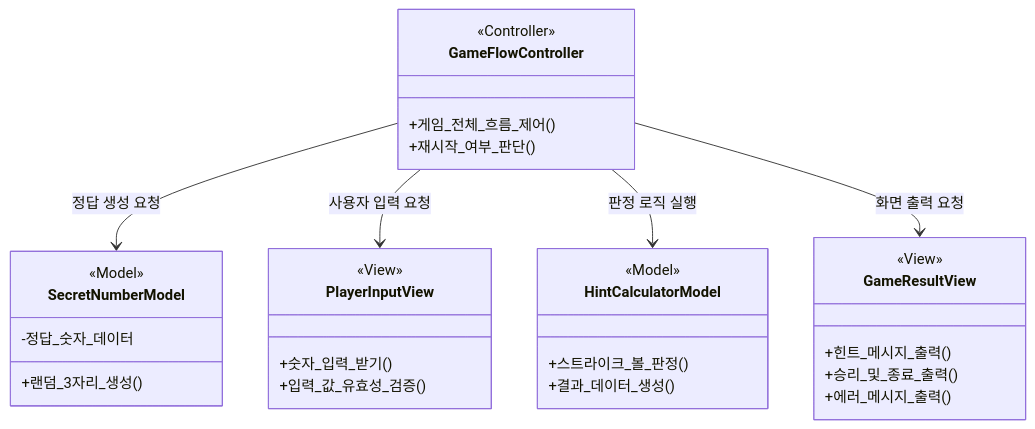
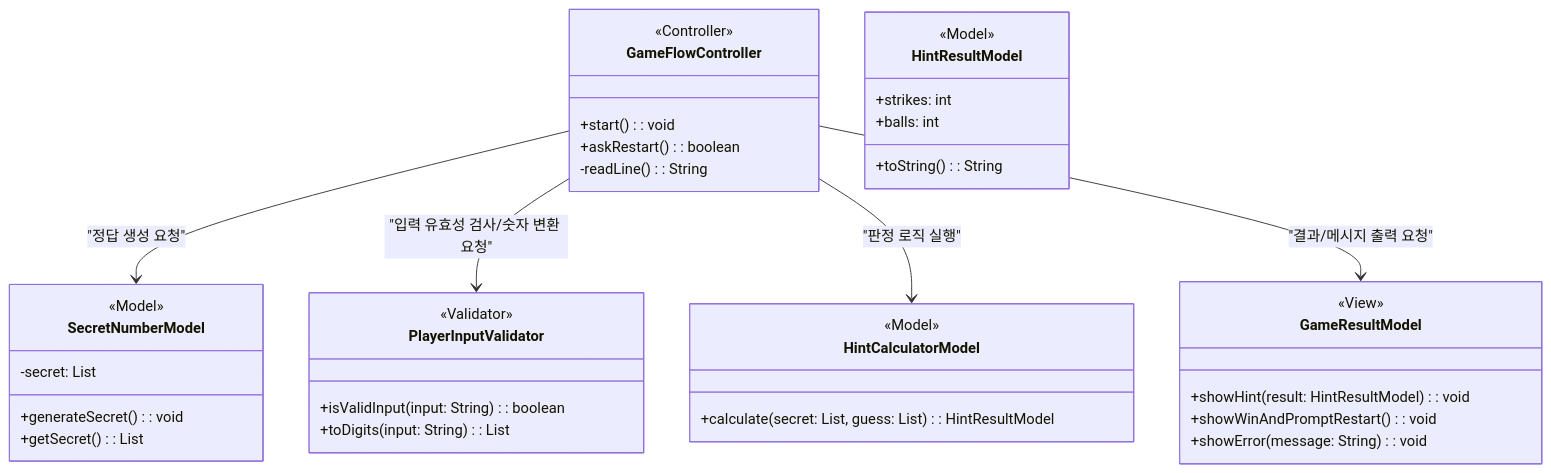
The diagram in README.md (mirageoasis/java-baseball-precourse), drawn with Mermaid before and after one commit.

Commit message:
docs: 변경 내용 다이어그램에 반영

````diff
--- a/README.md
+++ b/README.md
@@ -29,38 +29,46 @@
 ```mermaid
 classDiagram
     class GameFlowController {
         <<Controller>>
-        +게임_전체_흐름_제어()
-        +재시작_여부_판단()
+        +start(): void
+        +askRestart(): boolean
+        -readLine(): String
     }
 
     class SecretNumberModel {
         <<Model>>
-        -정답_숫자_데이터
-        +랜덤_3자리_생성()
+        -secret: List<Integer>
+        +generateSecret(): void
+        +getSecret(): List<Integer>
     }
 
     class HintCalculatorModel {
         <<Model>>
-        +스트라이크_볼_판정()
-        +결과_데이터_생성()
+        +calculate(secret: List<Integer>, guess: List<Integer>): HintResultModel
     }
 
-    class PlayerInputView {
-        <<View>>
-        +숫자_입력_받기()
-        +입력_값_유효성_검증()
+    class PlayerInputValidator {
+        <<Validator>>
+        +isValidInput(input: String): boolean
+        +toDigits(input: String): List<Integer>
     }
 
-    class GameResultView {
+    class GameResultModel {
         <<View>>
-        +힌트_메시지_출력()
-        +승리_및_종료_출력()
-        +에러_메시지_출력()
+        +showHint(result: HintResultModel): void
+        +showWinAndPromptRestart(): void
+        +showError(message: String): void
     }
 
-    GameFlowController --> SecretNumberModel: 정답 생성 요청
-    GameFlowController --> PlayerInputView: 사용자 입력 요청
-    GameFlowController --> HintCalculatorModel: 판정 로직 실행
-    GameFlowController --> GameResultView: 화면 출력 요청
+    class HintResultModel {
+        <<Model>>
+        +strikes: int
+        +balls: int
+        +toString(): String
+    }
+
+    GameFlowController --> SecretNumberModel: "정답 생성 요청"
+    GameFlowController --> PlayerInputValidator: "입력 유효성 검사/숫자 변환 요청"
+    GameFlowController --> HintCalculatorModel: "판정 로직 실행"
+    GameFlowController --> GameResultModel: "결과/메시지 출력 요청"
 ```
````
